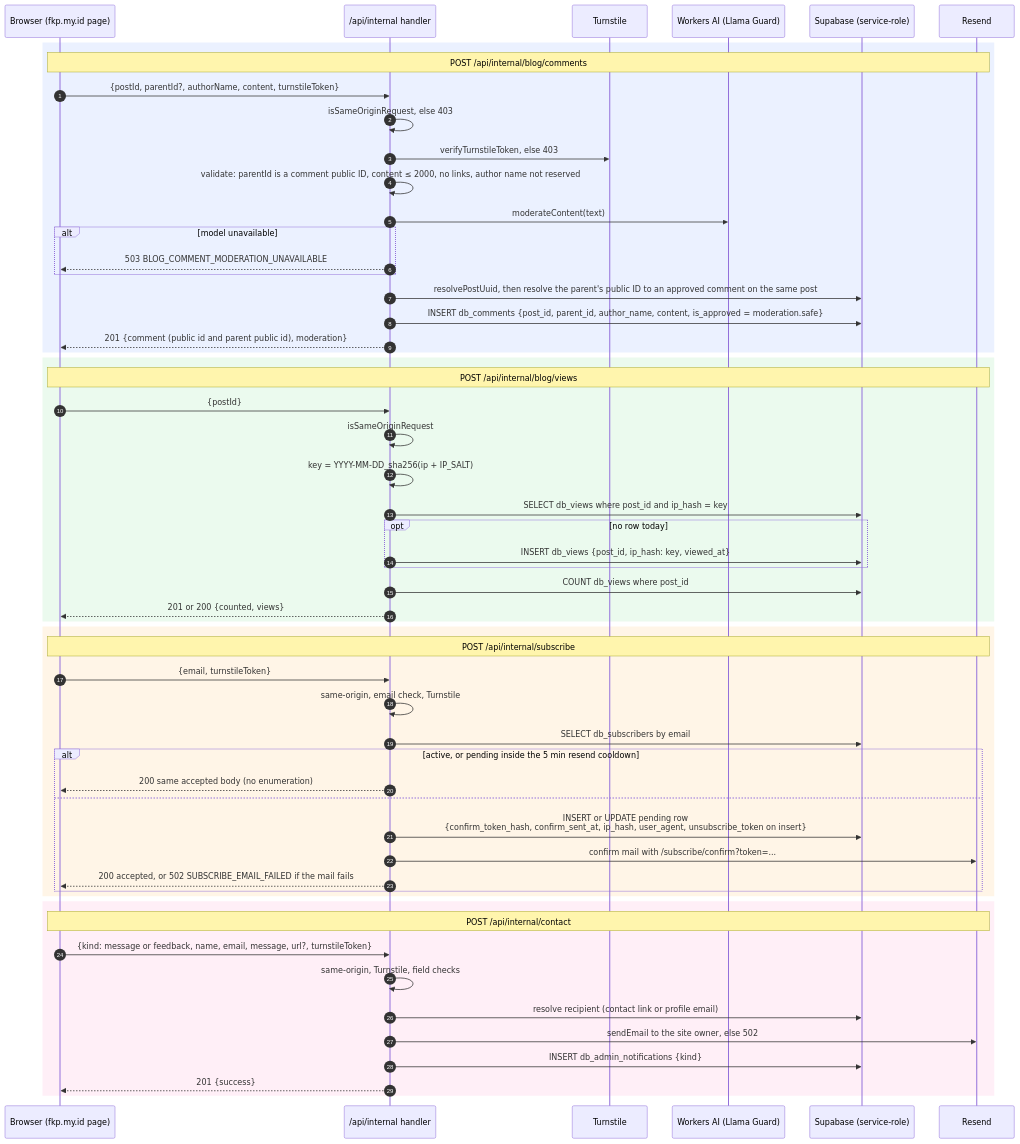
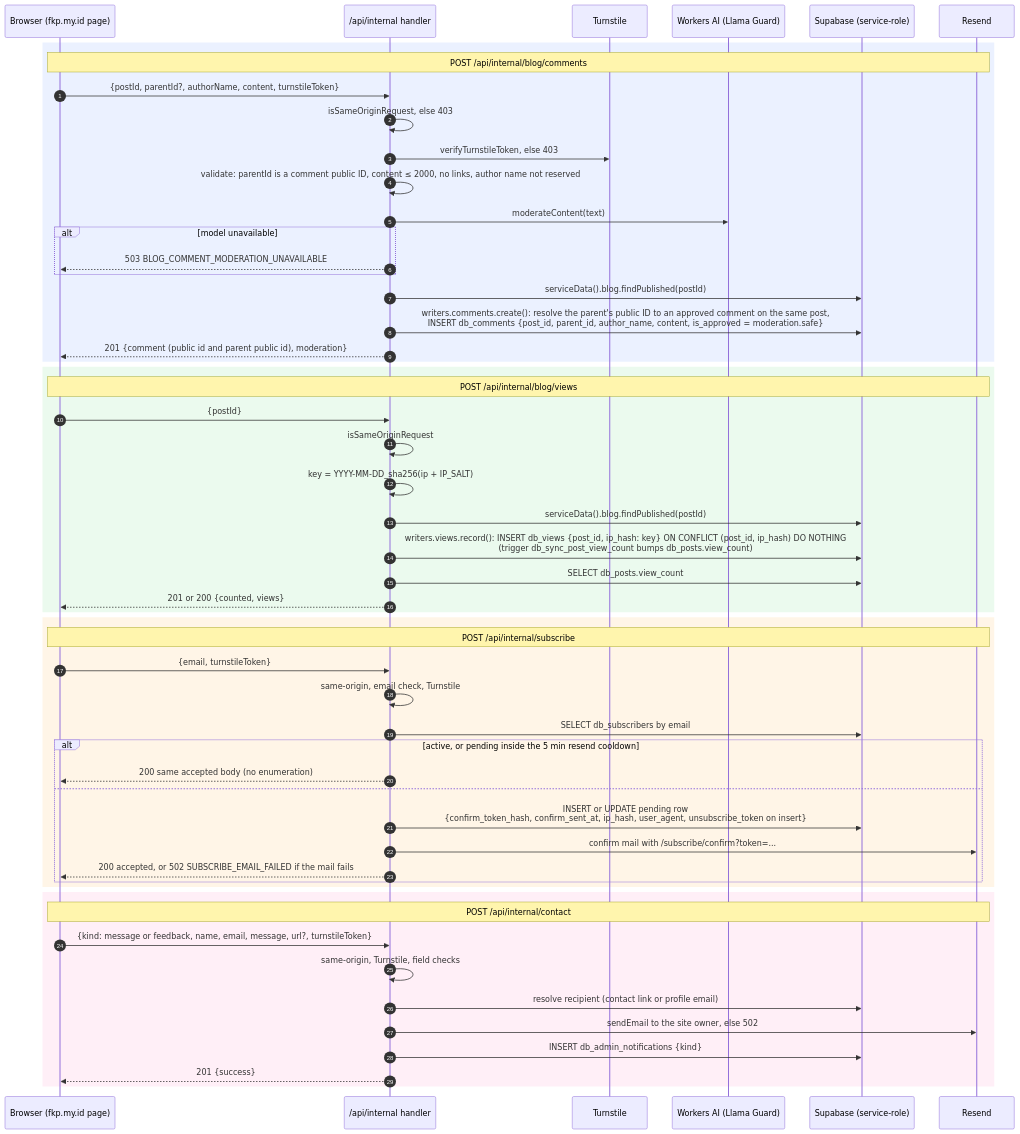
Before and after one commit to farhnkrnapratma/idstead: the diagram in docs/001-architecture/004-public-write-endpoints.md, drawn with Mermaid. The commit also changed other lines of this file and 22 other files, not shown here.

First line of the commit message:
feat(data): write comments, reports and views through repositories

````diff
--- a/docs/001-architecture/004-public-write-endpoints.md
+++ b/docs/001-architecture/004-public-write-endpoints.md
@@ -5,62 +5,60 @@
 ```mermaid
 sequenceDiagram
     autonumber
     participant B as Browser (fkp.my.id page)
     participant H as /api/internal handler
     participant TS as Turnstile
     participant AI as Workers AI (Llama Guard)
     participant DB as Supabase (service-role)
     participant RS as Resend
 
     rect rgba(120, 160, 255, 0.15)
     Note over B,RS: POST /api/internal/blog/comments
     B->>H: {postId, parentId?, authorName, content, turnstileToken}
     H->>H: isSameOriginRequest, else 403
     H->>TS: verifyTurnstileToken, else 403
     H->>H: validate: parentId is a comment public ID, content ≤ 2000, no links, author name not reserved
     H->>AI: moderateContent(text)
     alt model unavailable
         H-->>B: 503 BLOG_COMMENT_MODERATION_UNAVAILABLE
     end
-    H->>DB: resolvePostUuid, then resolve the parent's public ID to an approved comment on the same post
-    H->>DB: INSERT db_comments {post_id, parent_id, author_name, content, is_approved = moderation.safe}
+    H->>DB: serviceData().blog.findPublished(postId)
+    H->>DB: writers.comments.create(): resolve the parent's public ID to an approved comment on the same post,<br/>INSERT db_comments {post_id, parent_id, author_name, content, is_approved = moderation.safe}
     H-->>B: 201 {comment (public id and parent public id), moderation}
     end
 
     rect rgba(120, 220, 140, 0.15)
     Note over B,RS: POST /api/internal/blog/views
     B->>H: {postId}
     H->>H: isSameOriginRequest
     H->>H: key = YYYY-MM-DD_sha256(ip + IP_SALT)
-    H->>DB: SELECT db_views where post_id and ip_hash = key
-    opt no row today
-        H->>DB: INSERT db_views {post_id, ip_hash: key, viewed_at}
-    end
-    H->>DB: COUNT db_views where post_id
+    H->>DB: serviceData().blog.findPublished(postId)
+    H->>DB: writers.views.record(): INSERT db_views {post_id, ip_hash: key} ON CONFLICT (post_id, ip_hash) DO NOTHING<br/>(trigger db_sync_post_view_count bumps db_posts.view_count)
+    H->>DB: SELECT db_posts.view_count
     H-->>B: 201 or 200 {counted, views}
     end
 
     rect rgba(255, 200, 120, 0.18)
     Note over B,RS: POST /api/internal/subscribe
     B->>H: {email, turnstileToken}
     H->>H: same-origin, email check, Turnstile
     H->>DB: SELECT db_subscribers by email
     alt active, or pending inside the 5 min resend cooldown
         H-->>B: 200 same accepted body (no enumeration)
     else
         H->>DB: INSERT or UPDATE pending row<br/>{confirm_token_hash, confirm_sent_at, ip_hash, user_agent, unsubscribe_token on insert}
         H->>RS: confirm mail with /subscribe/confirm?token=...
         H-->>B: 200 accepted, or 502 SUBSCRIBE_EMAIL_FAILED if the mail fails
     end
     end
 
     rect rgba(255, 150, 200, 0.15)
     Note over B,RS: POST /api/internal/contact
     B->>H: {kind: message or feedback, name, email, message, url?, turnstileToken}
     H->>H: same-origin, Turnstile, field checks
     H->>DB: resolve recipient (contact link or profile email)
     H->>RS: sendEmail to the site owner, else 502
     H->>DB: INSERT db_admin_notifications {kind}
     H-->>B: 201 {success}
     end
 ```
````
